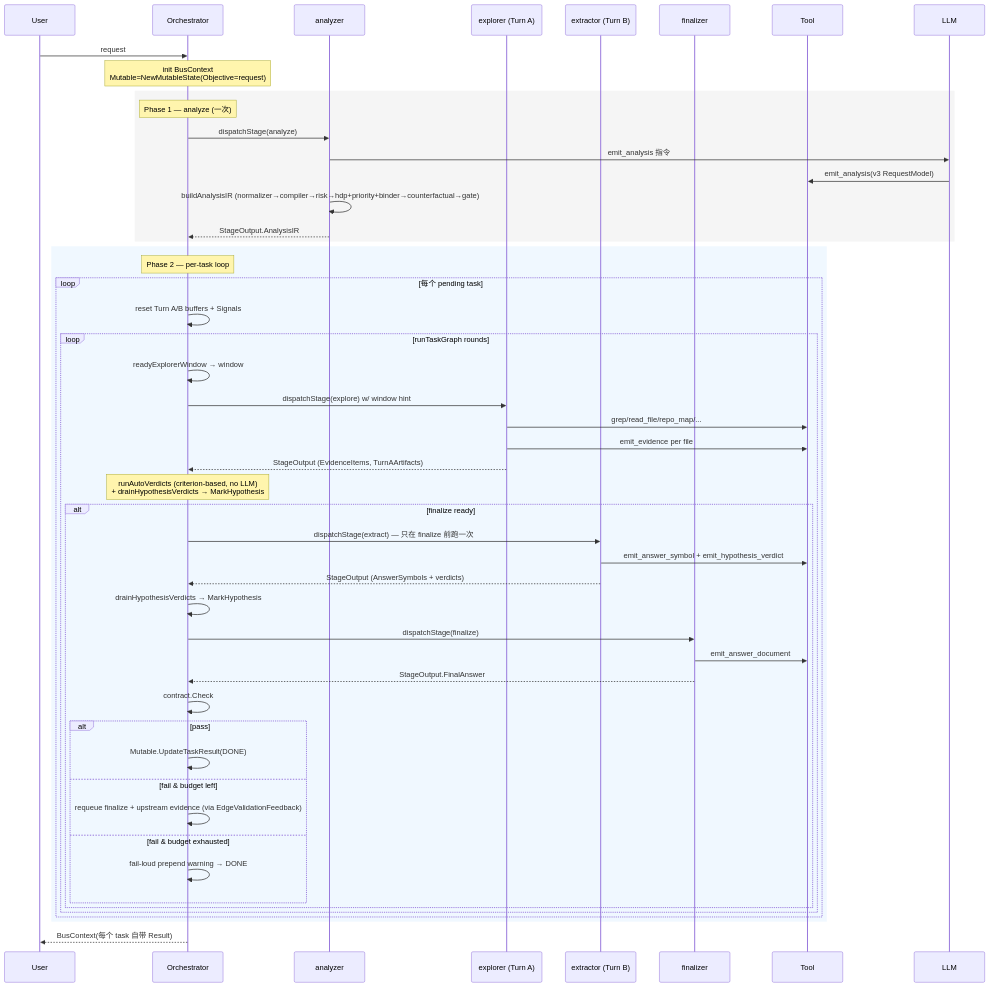
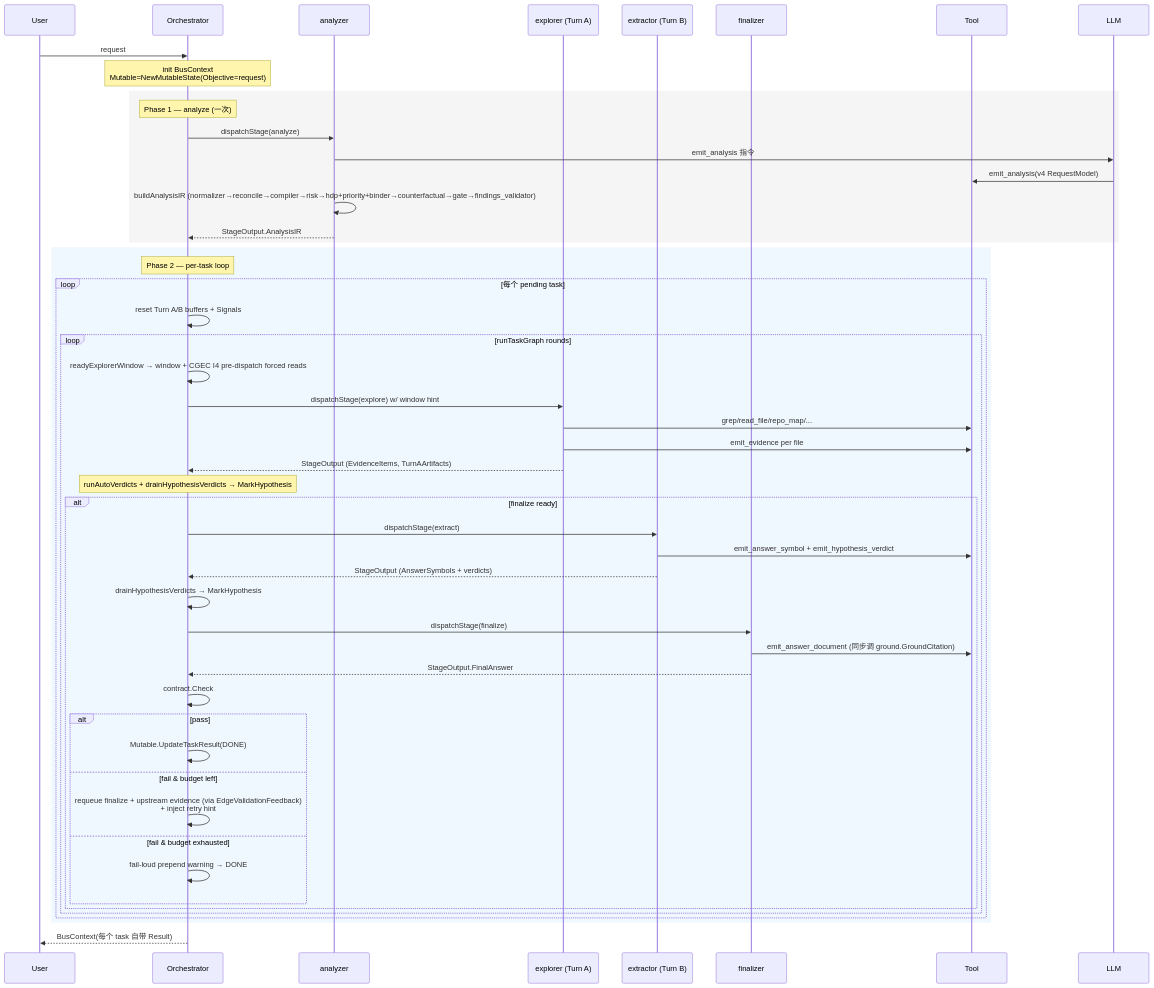
One commit to hanchaoqun/codrax changed the fourth of 4 diagrams in docs/architecture.md. Above: the diagram before and after it, drawn with Mermaid. The commit also changed other lines of this file and 2 other files, not shown here.

First line of the commit message:
docs(architecture): rewrite to current state; drop session11 design memos

````diff
--- a/docs/architecture.md
+++ b/docs/architecture.md
@@ -782,57 +793,57 @@
 ```mermaid
 sequenceDiagram
     participant User
     participant Orch as Orchestrator
     participant A as analyzer
     participant E as explorer (Turn A)
     participant X as extractor (Turn B)
     participant F as finalizer
     participant Tool
     participant LLM
 
     User->>Orch: request
     Note over Orch: init BusContext<br/>Mutable=NewMutableState(Objective=request)
 
     rect rgb(245,245,245)
     Note over Orch: Phase 1 — analyze (一次)
     Orch->>A: dispatchStage(analyze)
     A->>LLM: emit_analysis 指令
-    LLM->>Tool: emit_analysis(v3 RequestModel)
-    A->>A: buildAnalysisIR (normalizer→compiler→risk→hdp+priority+binder→counterfactual→gate)
+    LLM->>Tool: emit_analysis(v4 RequestModel)
+    A->>A: buildAnalysisIR (normalizer→reconcile→compiler→risk→hdp+priority+binder→counterfactual→gate→findings_validator)
     A-->>Orch: StageOutput.AnalysisIR
     end
 
     rect rgb(240,248,255)
     Note over Orch: Phase 2 — per-task loop
     loop 每个 pending task
         Orch->>Orch: reset Turn A/B buffers + Signals
         loop runTaskGraph rounds
-            Orch->>Orch: readyExplorerWindow → window
+            Orch->>Orch: readyExplorerWindow → window + CGEC I4 pre-dispatch forced reads
             Orch->>E: dispatchStage(explore) w/ window hint
             E->>Tool: grep/read_file/repo_map/...
             E->>Tool: emit_evidence per file
             E-->>Orch: StageOutput (EvidenceItems, TurnAArtifacts)
-            Note over Orch: runAutoVerdicts (criterion-based, no LLM)<br/>+ drainHypothesisVerdicts → MarkHypothesis
+            Note over Orch: runAutoVerdicts + drainHypothesisVerdicts → MarkHypothesis
             alt finalize ready
-                Orch->>X: dispatchStage(extract) — 只在 finalize 前跑一次
+                Orch->>X: dispatchStage(extract)
                 X->>Tool: emit_answer_symbol + emit_hypothesis_verdict
                 X-->>Orch: StageOutput (AnswerSymbols + verdicts)
                 Orch->>Orch: drainHypothesisVerdicts → MarkHypothesis
                 Orch->>F: dispatchStage(finalize)
-                F->>Tool: emit_answer_document
+                F->>Tool: emit_answer_document (同步调 ground.GroundCitation)
                 F-->>Orch: StageOutput.FinalAnswer
                 Orch->>Orch: contract.Check
                 alt pass
                     Orch->>Orch: Mutable.UpdateTaskResult(DONE)
                 else fail & budget left
-                    Orch->>Orch: requeue finalize + upstream evidence (via EdgeValidationFeedback)
+                    Orch->>Orch: requeue finalize + upstream evidence (via EdgeValidationFeedback)<br/>+ inject retry hint
                 else fail & budget exhausted
                     Orch->>Orch: fail-loud prepend warning → DONE
                 end
             end
         end
     end
     end
 
     Orch-->>User: BusContext(每个 task 自带 Result)
 ```
````
